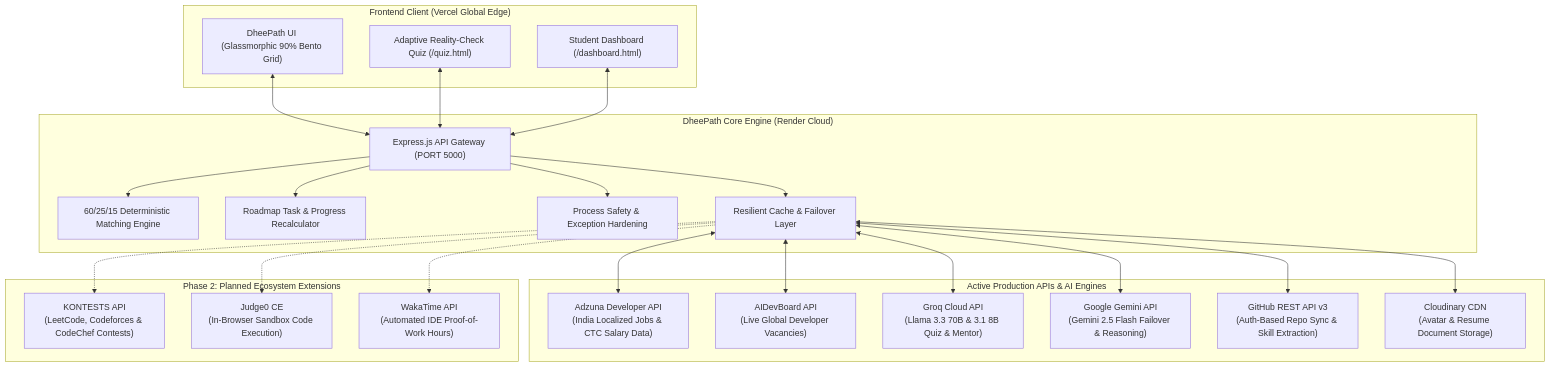
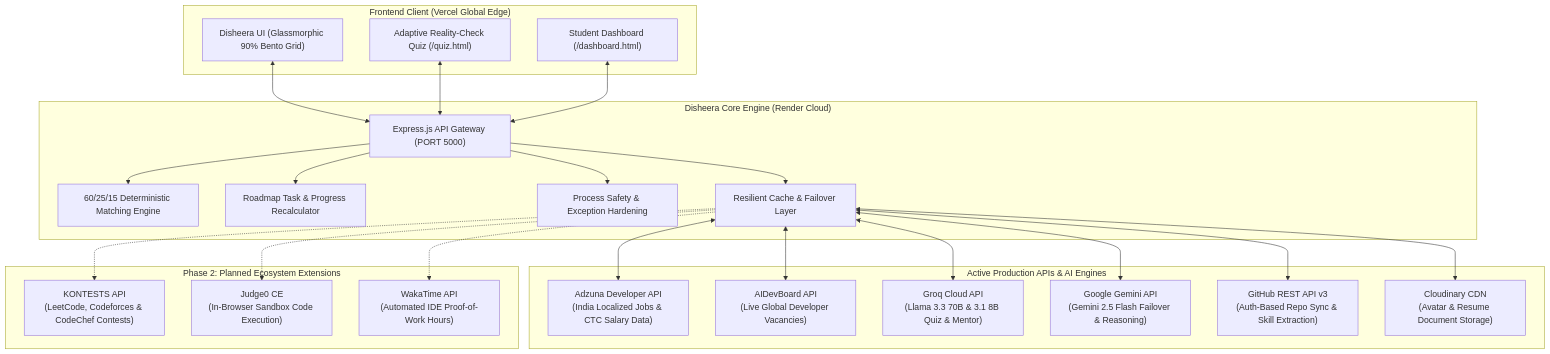
The diagram in docs/API-ECOSYSTEM.md (parthpatil1234p-svg/careerpath-ai), drawn with Mermaid before and after one commit. The commit also changed other lines of this file and 249 other files, not shown here.

Commit message:
feat(rebrand): update branding from DheePath to Disheera across UI, server, and docs

````diff
--- a/docs/API-ECOSYSTEM.md
+++ b/docs/API-ECOSYSTEM.md
@@ -15,51 +15,51 @@
 ```mermaid
 flowchart TD
     subgraph Client ["Frontend Client (Vercel Global Edge)"]
-        UI["DheePath UI (Glassmorphic 90% Bento Grid)"]
+        UI["Disheera UI (Glassmorphic 90% Bento Grid)"]
         QuizUI["Adaptive Reality-Check Quiz (/quiz.html)"]
         DashUI["Student Dashboard (/dashboard.html)"]
     end
 
-    subgraph Backend ["DheePath Core Engine (Render Cloud)"]
+    subgraph Backend ["Disheera Core Engine (Render Cloud)"]
         API_GW["Express.js API Gateway (PORT 5000)"]
         Scoring["60/25/15 Deterministic Matching Engine"]
         TaskTracker["Roadmap Task & Progress Recalculator"]
         ProcessSafety["Process Safety & Exception Hardening"]
         Failover["Resilient Cache & Failover Layer"]
     end
 
     subgraph LiveAPIs ["Active Production APIs & AI Engines"]
         Adzuna["Adzuna Developer API\n(India Localized Jobs & CTC Salary Data)"]
         AIDev["AIDevBoard API\n(Live Global Developer Vacancies)"]
         GroqAI["Groq Cloud API\n(Llama 3.3 70B & 3.1 8B Quiz & Mentor)"]
         GeminiAI["Google Gemini API\n(Gemini 2.5 Flash Failover & Reasoning)"]
         GitHubAPI["GitHub REST API v3\n(Auth-Based Repo Sync & Skill Extraction)"]
         CloudinaryAPI["Cloudinary CDN\n(Avatar & Resume Document Storage)"]
     end
 
     subgraph Phase2APIs ["Phase 2: Planned Ecosystem Extensions"]
         Kontests["KONTESTS API\n(LeetCode, Codeforces & CodeChef Contests)"]
         Judge0["Judge0 CE\n(In-Browser Sandbox Code Execution)"]
         WakaTime["WakaTime API\n(Automated IDE Proof-of-Work Hours)"]
     end
 
     UI <--> API_GW
     QuizUI <--> API_GW
     DashUI <--> API_GW
 
     API_GW --> Scoring
     API_GW --> TaskTracker
     API_GW --> ProcessSafety
     API_GW --> Failover
 
     Failover <--> Adzuna
     Failover <--> AIDev
     Failover <--> GroqAI
     Failover <--> GeminiAI
     Failover <--> GitHubAPI
     Failover <--> CloudinaryAPI
 
     Failover -.-> Kontests
     Failover -.-> Judge0
     Failover -.-> WakaTime
 ```
````
